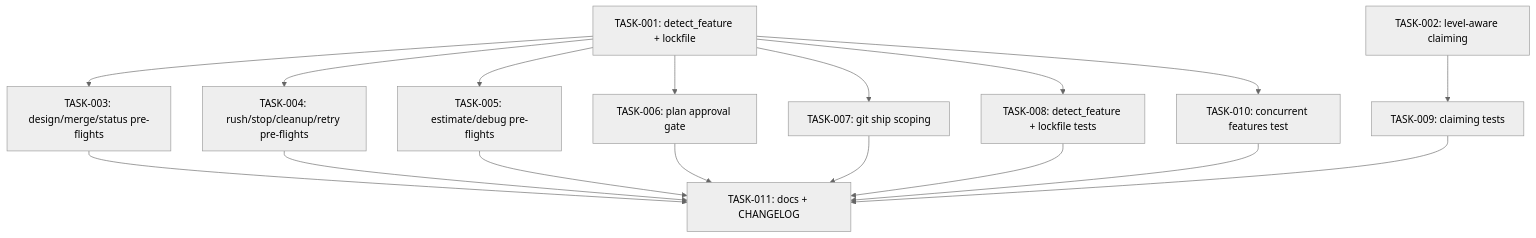
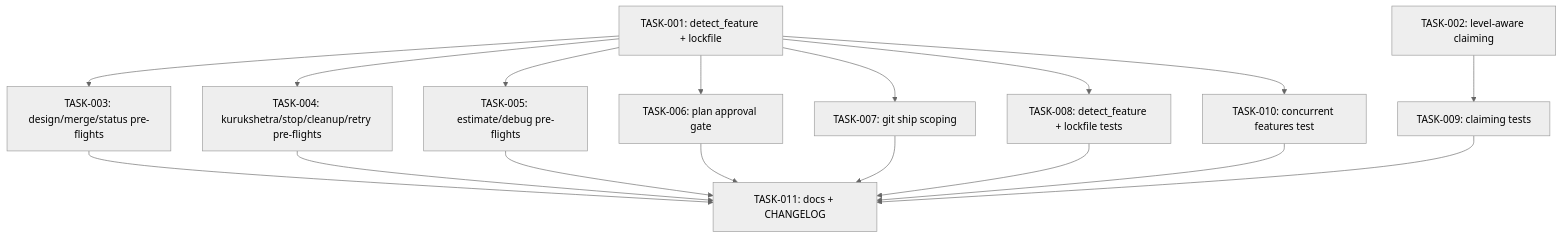
The diagram in .gsd/specs/multi-epic-isolation/design.md (thedataengineer/mahabharatha), drawn with Mermaid (neutral theme) before and after one commit. The commit also changed other lines of this file and 770 other files, not shown here.

Commit message:
docs: Global replace of Zerg terminology and apply Mermaid visual best practices

````diff
--- a/.gsd/specs/multi-epic-isolation/design.md
+++ b/.gsd/specs/multi-epic-isolation/design.md
@@ -329,19 +329,19 @@
 ```mermaid
 graph TD
     T001["TASK-001: detect_feature + lockfile"] --> T003["TASK-003: design/merge/status pre-flights"]
-    T001 --> T004["TASK-004: rush/stop/cleanup/retry pre-flights"]
+    T001 --> T004["TASK-004: kurukshetra/stop/cleanup/retry pre-flights"]
     T001 --> T005["TASK-005: estimate/debug pre-flights"]
     T001 --> T006["TASK-006: plan approval gate"]
     T001 --> T007["TASK-007: git ship scoping"]
     T001 --> T008["TASK-008: detect_feature + lockfile tests"]
     T001 --> T010["TASK-010: concurrent features test"]
     T002["TASK-002: level-aware claiming"] --> T009["TASK-009: claiming tests"]
     T003 --> T011["TASK-011: docs + CHANGELOG"]
     T004 --> T011
     T005 --> T011
     T006 --> T011
     T007 --> T011
     T008 --> T011
     T009 --> T011
     T010 --> T011
 ```
````
